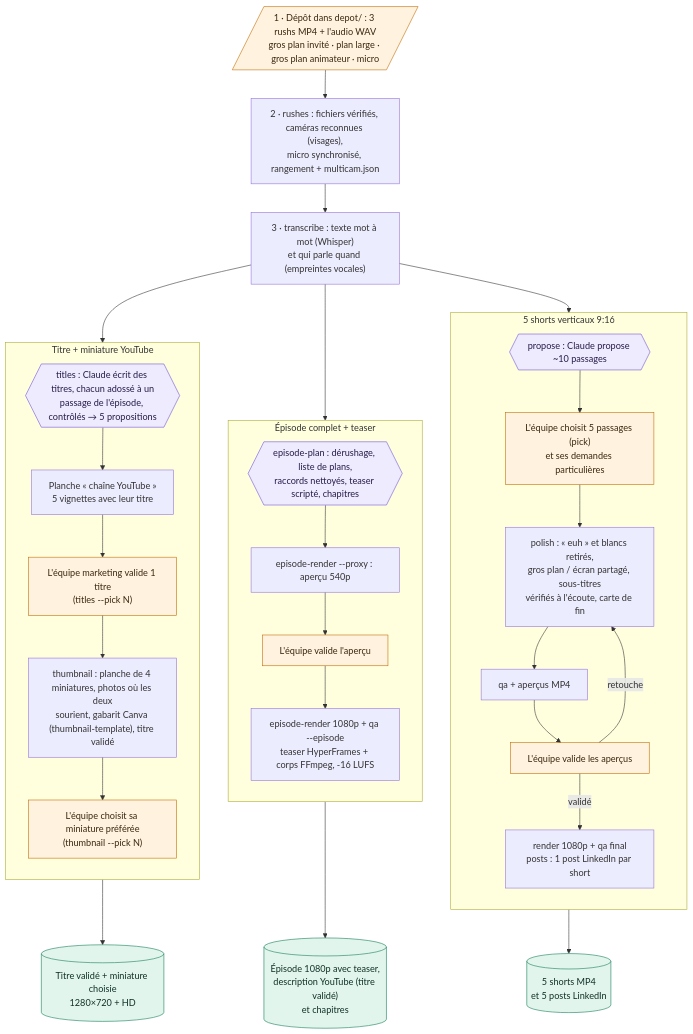
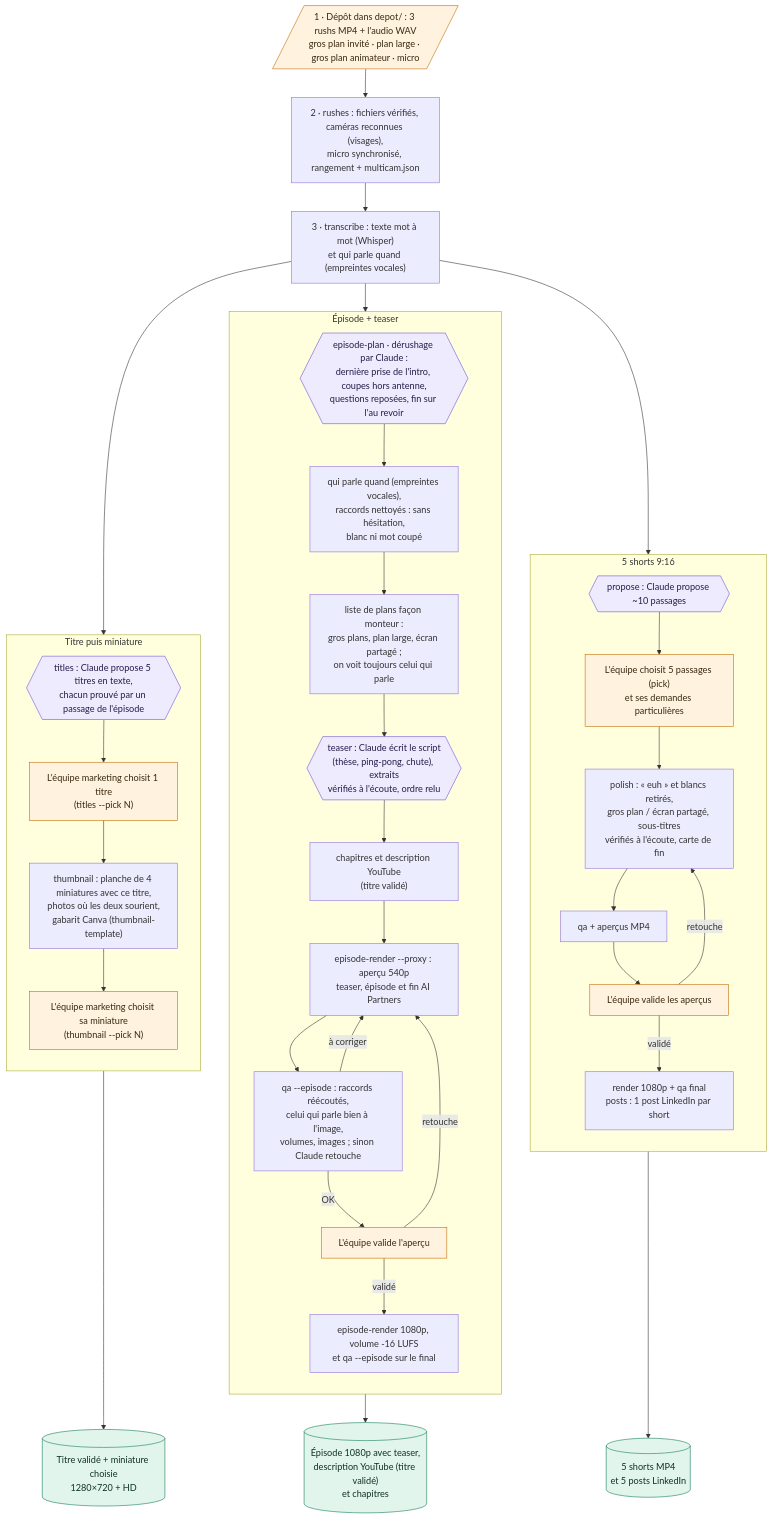
Before and after one commit to arthurw31/podcast-clipper: the diagram in docs/schema.mmd, drawn with Mermaid. The commit also changed 7 other files, not shown here.

First line of the commit message:
Process : épisode détaillé avec contrôle qualité de l'aperçu ; titres proposés en texte avant les miniatures

```diff
--- a/docs/schema.mmd
+++ b/docs/schema.mmd
@@ -1,43 +1,50 @@
 flowchart TD
     IN[/"1 · Dépôt dans depot/ : 3 rushs MP4 + l'audio WAV<br/>gros plan invité · plan large · gros plan animateur · micro"/]
     IN --> FE["2 · rushes : fichiers vérifiés, caméras reconnues (visages),<br/>micro synchronisé, rangement + multicam.json"]
     FE --> TR["3 · transcribe : texte mot à mot (Whisper)<br/>et qui parle quand (empreintes vocales)"]
     TR --> S1
     TR --> E1
     TR --> M1
 
-    subgraph SH["5 shorts verticaux 9:16"]
+    subgraph SH["5 shorts 9:16"]
         direction TB
         S1{{"propose : Claude propose ~10 passages"}} --> S2["L'équipe choisit 5 passages (pick)<br/>et ses demandes particulières"]
         S2 --> S3["polish : « euh » et blancs retirés,<br/>gros plan / écran partagé, sous-titres<br/>vérifiés à l'écoute, carte de fin"]
         S3 --> S4["qa + aperçus MP4"]
         S4 --> S5["L'équipe valide les aperçus"]
         S5 -->|retouche| S3
         S5 -->|validé| S6["render 1080p + qa final<br/>posts : 1 post LinkedIn par short"]
     end
 
-    subgraph EP["Épisode complet + teaser"]
+    subgraph EP["Épisode + teaser"]
         direction TB
-        E1{{"episode-plan : dérushage, liste de plans,<br/>raccords nettoyés, teaser scripté, chapitres"}} --> E2["episode-render --proxy : aperçu 540p"]
-        E2 --> E3["L'équipe valide l'aperçu"]
-        E3 --> E4["episode-render 1080p + qa --episode<br/>teaser HyperFrames + corps FFmpeg, -16 LUFS"]
+        E1{{"episode-plan · dérushage par Claude :<br/>dernière prise de l'intro, coupes hors antenne,<br/>questions reposées, fin sur l'au revoir"}}
+        E1 --> E2["qui parle quand (empreintes vocales),<br/>raccords nettoyés : sans hésitation,<br/>blanc ni mot coupé"]
+        E2 --> E3["liste de plans façon monteur :<br/>gros plans, plan large, écran partagé ;<br/>on voit toujours celui qui parle"]
+        E3 --> E4{{"teaser : Claude écrit le script<br/>(thèse, ping-pong, chute), extraits<br/>vérifiés à l'écoute, ordre relu"}}
+        E4 --> E5["chapitres et description YouTube<br/>(titre validé)"]
+        E5 --> E6["episode-render --proxy : aperçu 540p<br/>teaser, épisode et fin AI Partners"]
+        E6 --> E7["qa --episode : raccords réécoutés,<br/>celui qui parle bien à l'image,<br/>volumes, images ; sinon Claude retouche"]
+        E7 -->|OK| E8["L'équipe valide l'aperçu"]
+        E7 -->|à corriger| E6
+        E8 -->|retouche| E6
+        E8 -->|validé| E9["episode-render 1080p, volume -16 LUFS<br/>et qa --episode sur le final"]
     end
 
-    subgraph MI["Titre + miniature YouTube"]
+    subgraph MI["Titre puis miniature"]
         direction TB
-        M1{{"titles : Claude écrit des titres, chacun adossé à un<br/>passage de l'épisode, contrôlés → 5 propositions"}} --> M2["Planche « chaîne YouTube »<br/>5 vignettes avec leur titre"]
-        M2 --> M3["L'équipe marketing valide 1 titre<br/>(titles --pick N)"]
-        M3 --> M4["thumbnail : planche de 4 miniatures, photos où les deux<br/>sourient, gabarit Canva (thumbnail-template), titre validé"]
-        M4 --> M5["L'équipe choisit sa miniature préférée<br/>(thumbnail --pick N)"]
+        M1{{"titles : Claude propose 5 titres en texte,<br/>chacun prouvé par un passage de l'épisode"}} --> M2["L'équipe marketing choisit 1 titre<br/>(titles --pick N)"]
+        M2 --> M3["thumbnail : planche de 4 miniatures avec ce titre,<br/>photos où les deux sourient,<br/>gabarit Canva (thumbnail-template)"]
+        M3 --> M4["L'équipe marketing choisit sa miniature<br/>(thumbnail --pick N)"]
     end
 
     S6 --> L1[("5 shorts MP4<br/>et 5 posts LinkedIn")]
-    E4 --> L2[("Épisode 1080p avec teaser,<br/>description YouTube (titre validé)<br/>et chapitres")]
-    M5 --> L3[("Titre validé + miniature choisie<br/>1280×720 + HD")]
+    E9 --> L2[("Épisode 1080p avec teaser,<br/>description YouTube (titre validé)<br/>et chapitres")]
+    M4 --> L3[("Titre validé + miniature choisie<br/>1280×720 + HD")]
 
     classDef human fill:#FFF2DF,stroke:#C26A00,color:#3A2810;
     classDef llm fill:#EFEBFF,stroke:#6B4FD8,color:#251C47;
     classDef deliver fill:#E2F5EC,stroke:#0F7A55,color:#0F3127;
-    class IN,S2,S5,E3,M3,M5 human;
-    class S1,E1,M1 llm;
+    class IN,S2,S5,E8,M2,M4 human;
+    class S1,E1,E4,M1 llm;
     class L1,L2,L3 deliver;
```
